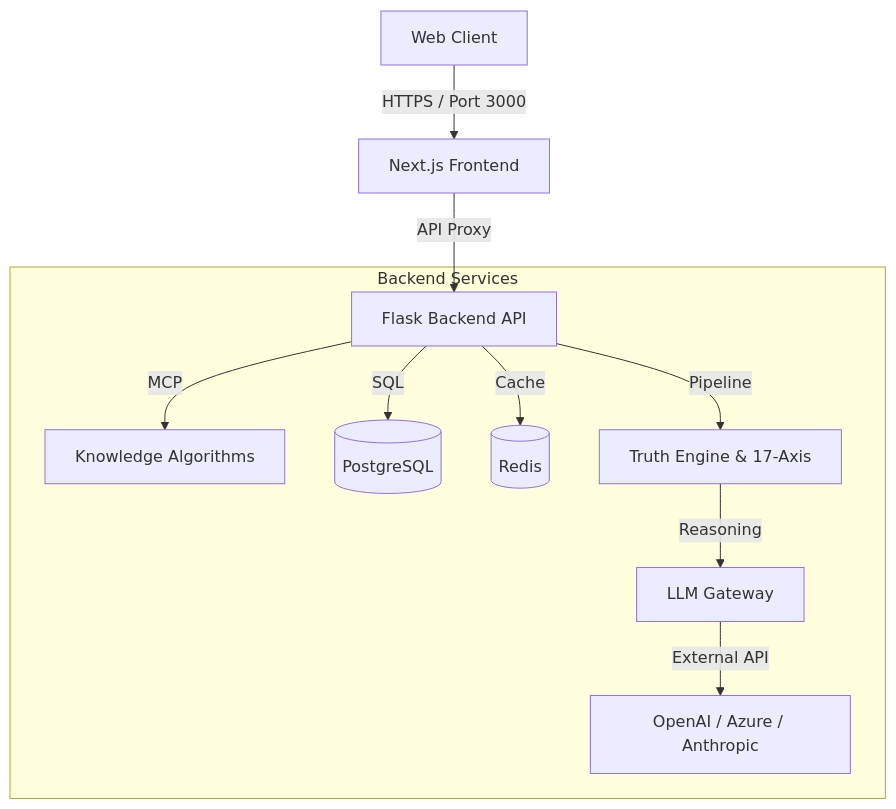
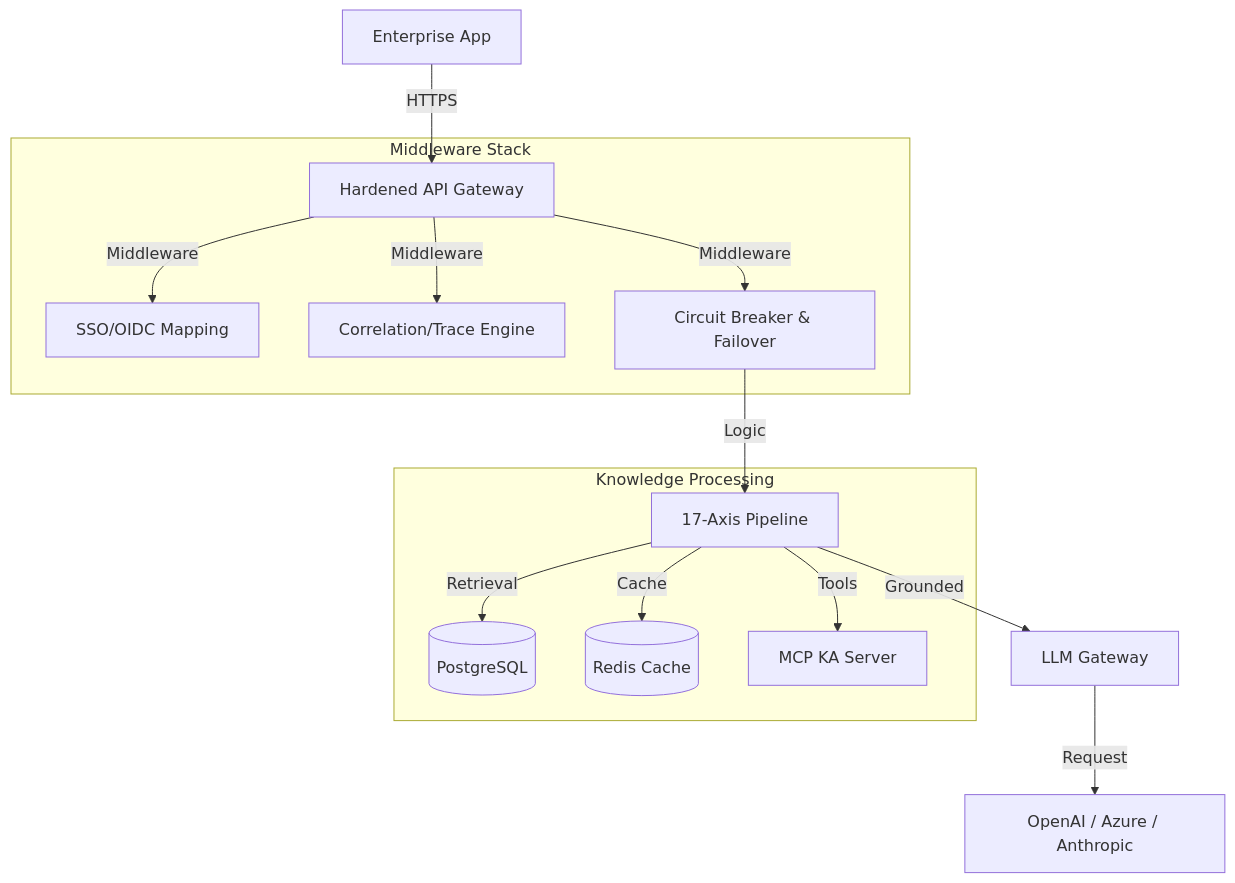
The diagram in docs/ARCHITECTURE.md (kherrera6219/DataLogicEngine), drawn with Mermaid before and after one commit. The commit also changed other lines of this file and 6 other files, not shown here.

First line of the commit message:
Documentation Overhaul: Enterprise Level I have successfully updated all repository documentation to meet enterprise-grade standards. The documentation now accurately reflects the hardened architecture, security protocols, and production readiness of the DataLogicEngine.

````diff
--- a/docs/ARCHITECTURE.md
+++ b/docs/ARCHITECTURE.md
@@ -16,15 +15,20 @@
 ```mermaid
 graph TD
-    Client[Web Client] -->|HTTPS / Port 3000| CDN[Next.js Frontend]
-    CDN -->|API Proxy| Gateway[Flask Backend API]
+    Client[Enterprise App] -->|HTTPS| API[Hardened API Gateway]
 
-    subgraph Backend Services
-        Gateway -->|MCP| KA[Knowledge Algorithms]
-        Gateway -->|SQL| DB[(PostgreSQL)]
-        Gateway -->|Cache| Redis[(Redis)]
-        Gateway -->|Pipeline| UKG[Truth Engine & 17-Axis]
+    subgraph "Middleware Stack"
+        API -->|Middleware| AUTH[SSO/OIDC Mapping]
+        API -->|Middleware| TM[Correlation/Trace Engine]
+        API -->|Middleware| CB[Circuit Breaker & Failover]
+    end
 
-        UKG -->|Reasoning| LLM[LLM Gateway]
-        LLM -->|External API| OpenAI[OpenAI / Azure / Anthropic]
+    subgraph "Knowledge Processing"
+        CB -->|Logic| UKG[17-Axis Pipeline]
+        UKG -->|Retrieval| DB[(PostgreSQL)]
+        UKG -->|Cache| RC[(Redis Cache)]
+        UKG -->|Tools| MCP[MCP KA Server]
     end
+
+    UKG -->|Grounded| LLM[LLM Gateway]
+    LLM -->|Request| PROVIDER[OpenAI / Azure / Anthropic]
 ```
````
